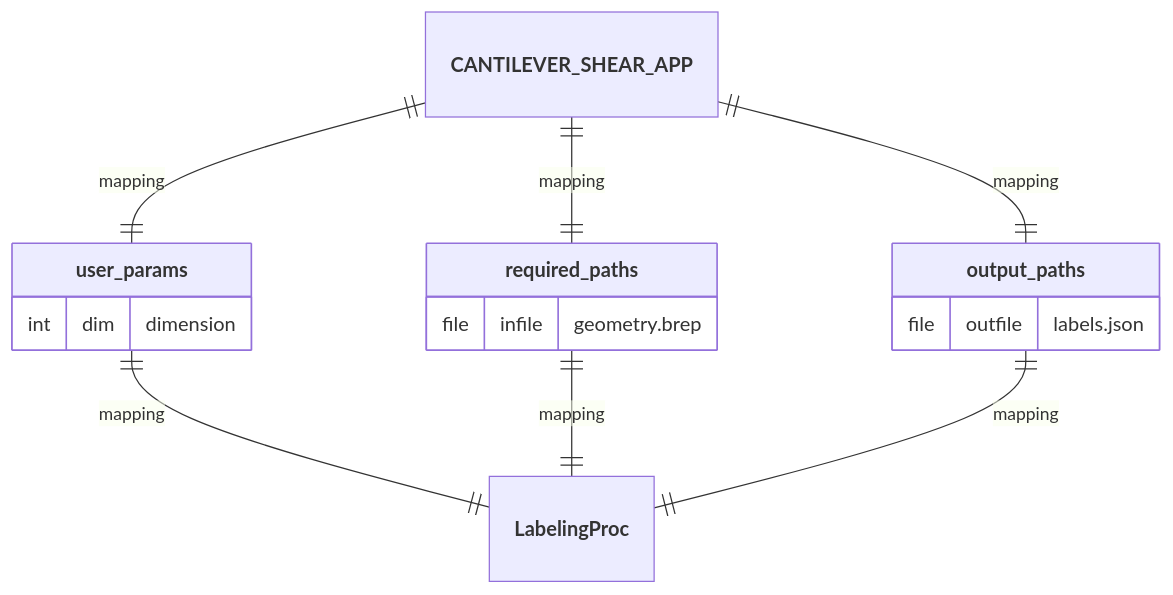
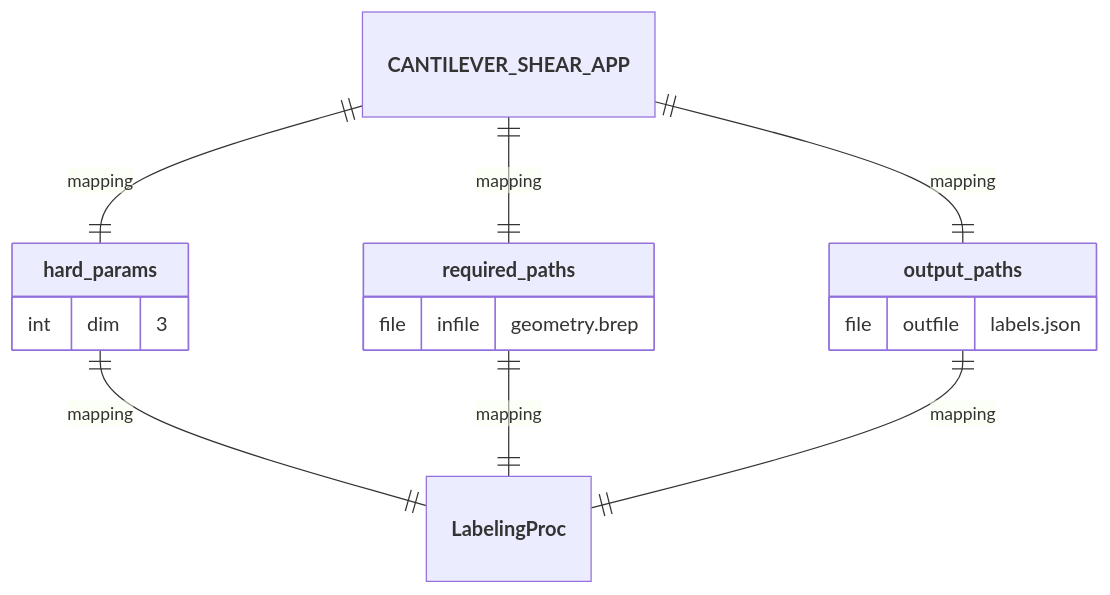
Before and after one commit to nuremics/sim-labs: the third of 10 diagrams in src/nuremics_labs/apps/simulation/CANTILEVER_SHEAR_APP/README.md, drawn with Mermaid. The commit also changed other lines of this file and 1 other file, not shown here.

Commit message:
define dim as hard_params

````diff
--- a/src/nuremics_labs/apps/simulation/CANTILEVER_SHEAR_APP/README.md
+++ b/src/nuremics_labs/apps/simulation/CANTILEVER_SHEAR_APP/README.md
@@ -66,19 +62,19 @@
 ```mermaid
 erDiagram
-  **CANTILEVER_SHEAR_APP** ||--|| **user_params** : mapping
+  **CANTILEVER_SHEAR_APP** ||--|| **hard_params** : mapping
   **CANTILEVER_SHEAR_APP** ||--|| **required_paths** : mapping
   **CANTILEVER_SHEAR_APP** ||--|| **output_paths** : mapping
-  **user_params** ||--|| **LabelingProc** : mapping
+  **hard_params** ||--|| **LabelingProc** : mapping
   **required_paths** ||--|| **LabelingProc** : mapping
   **output_paths** ||--|| **LabelingProc** : mapping
 
-  **user_params** {
-    int dim "dimension"
+  **hard_params** {
+    int dim "3"
   }
   **required_paths** {
     file infile "geometry.brep"
   }
   **output_paths** {
     file outfile "labels.json"
   }
 ```
````
